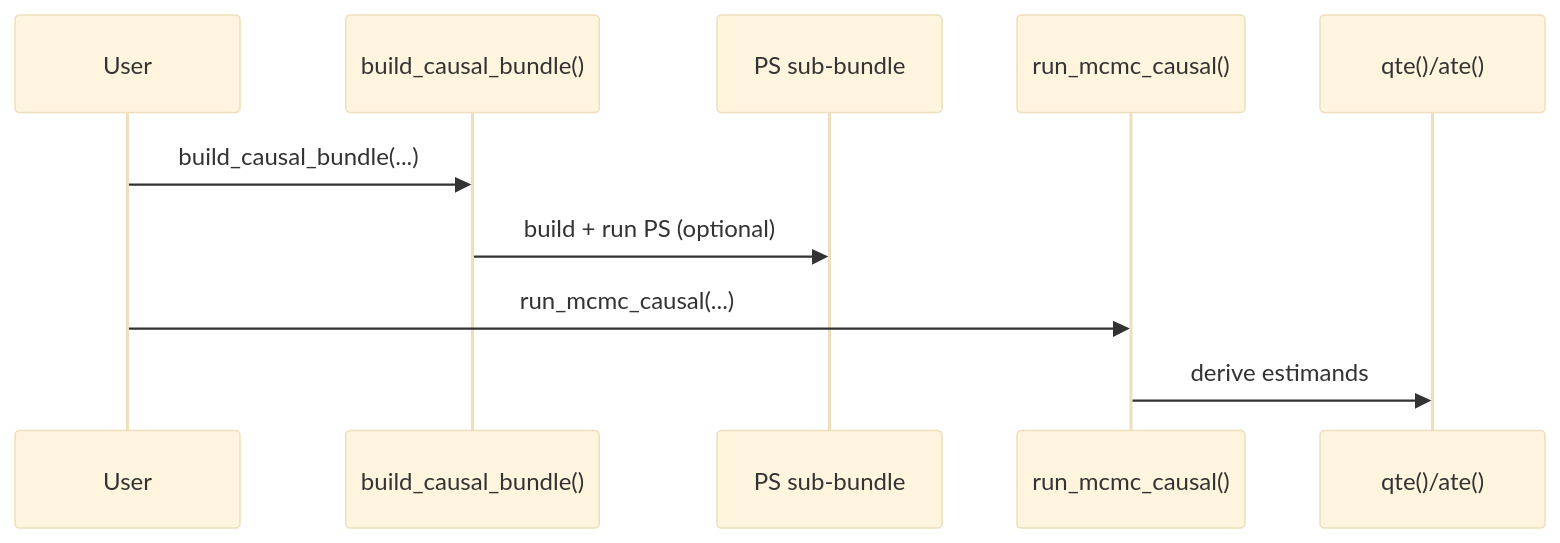
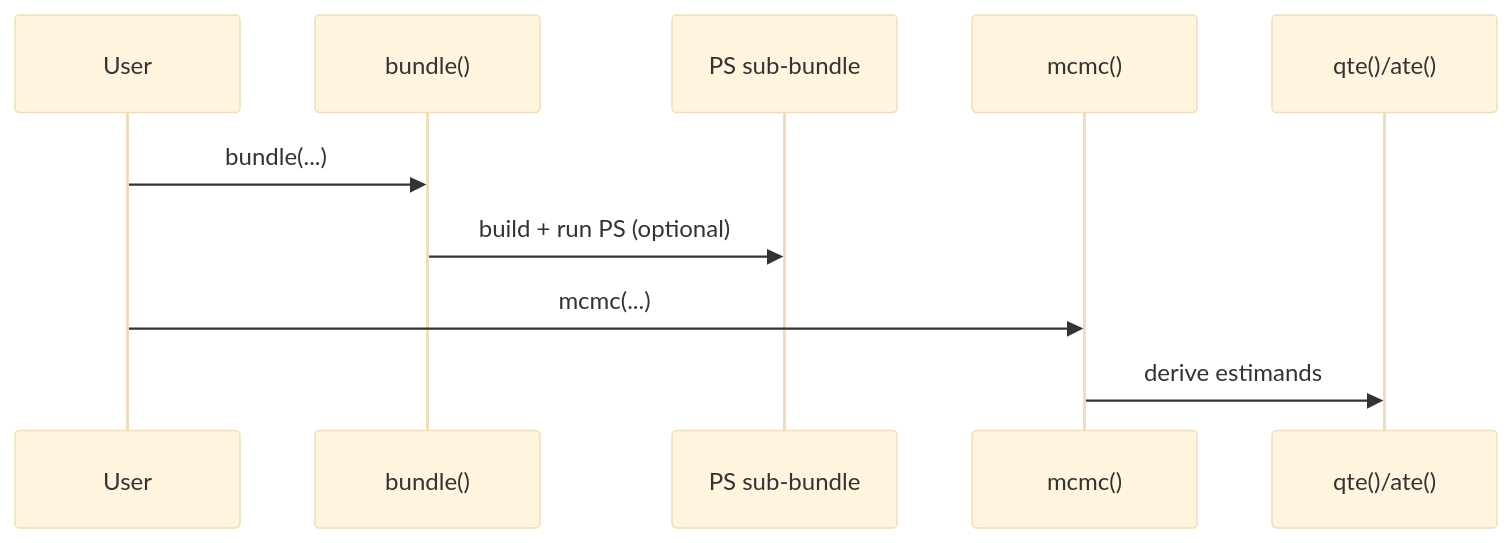
The second of 2 diagrams in website/developers/architecture.qmd (arnabaich96/CausalMixGPD), drawn with Mermaid (base theme) before and after one commit. The commit also changed other lines of this file and 442 other files, not shown here.

````diff
--- a/website/developers/architecture.qmd
+++ b/website/developers/architecture.qmd
@@ -40,12 +40,12 @@
 ```mermaid
 sequenceDiagram
   participant U as User
-  participant C as build_causal_bundle()
+  participant C as bundle()
   participant P as PS sub-bundle
-  participant M as run_mcmc_causal()
+  participant M as mcmc()
   participant Q as qte()/ate()
-  U->>C: build_causal_bundle(...)
+  U->>C: bundle(...)
   C->>P: build + run PS (optional)
-  U->>M: run_mcmc_causal(...)
+  U->>M: mcmc(...)
   M->>Q: derive estimands
 ```
````
